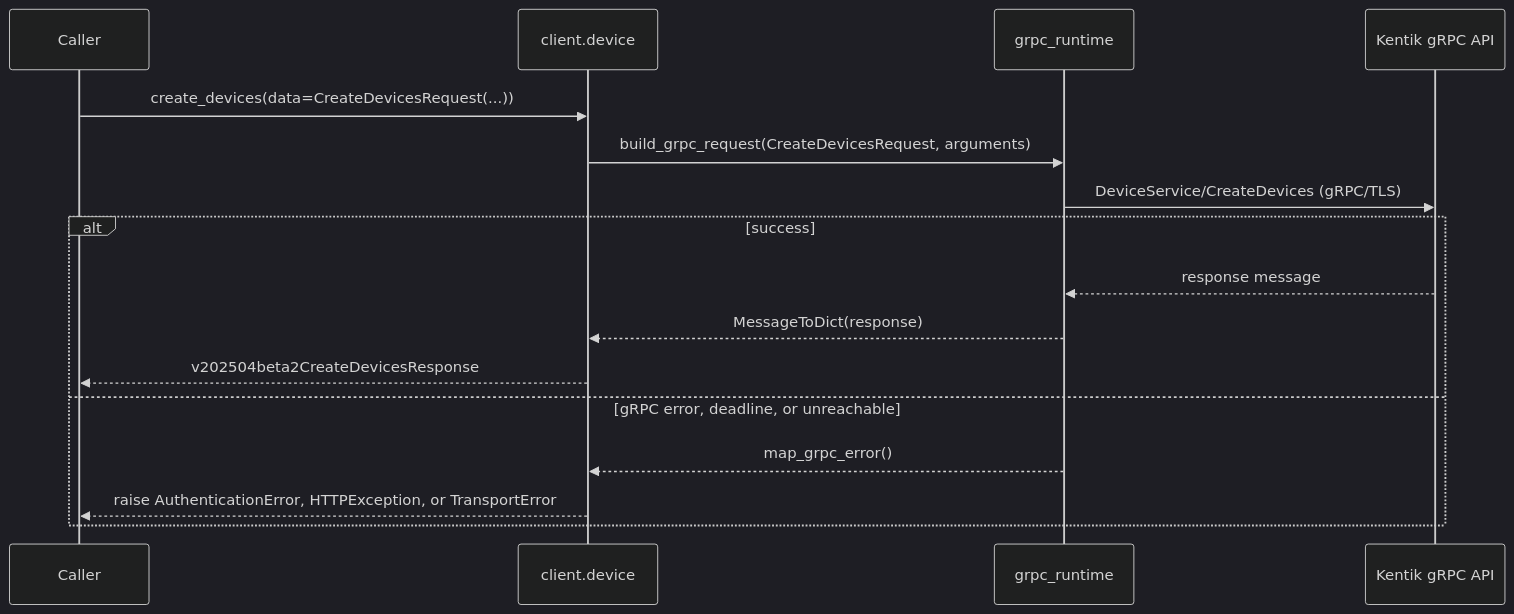
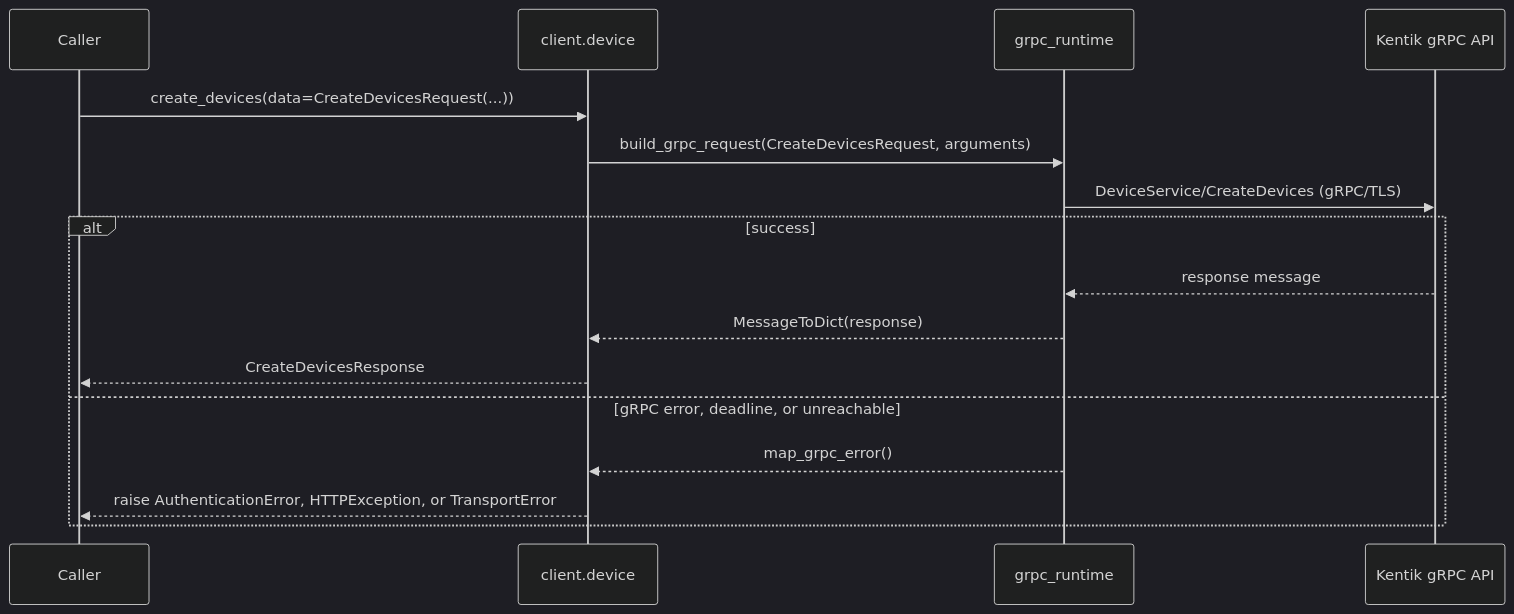
Before and after one commit to alexdearaujo/community_sdk_python: the seventh of 22 diagrams in docs/sphinx/services/device.md, drawn with Mermaid (dark theme). The commit also changed other lines of this file and 38 other files, not shown here.

````diff
--- a/docs/sphinx/services/device.md
+++ b/docs/sphinx/services/device.md
@@ -210,19 +210,19 @@
 ```mermaid
 sequenceDiagram
     participant C as Caller
     participant W as client.device
     participant R as grpc_runtime
     participant API as Kentik gRPC API
 
     C->>W: create_devices(data=CreateDevicesRequest(...))
     W->>R: build_grpc_request(CreateDevicesRequest, arguments)
     R->>API: DeviceService/CreateDevices (gRPC/TLS)
     alt success
         API-->>R: response message
         R-->>W: MessageToDict(response)
-        W-->>C: v202504beta2CreateDevicesResponse
+        W-->>C: CreateDevicesResponse
     else gRPC error, deadline, or unreachable
         R-->>W: map_grpc_error()
         W-->>C: raise AuthenticationError, HTTPException, or TransportError
     end
 ```
````
